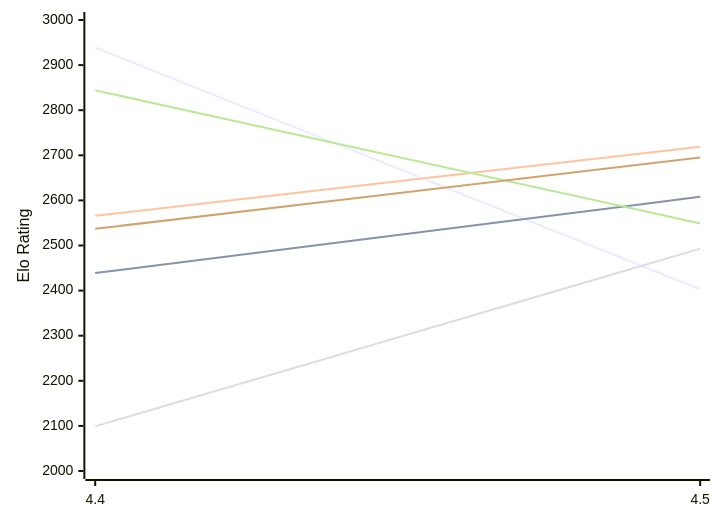
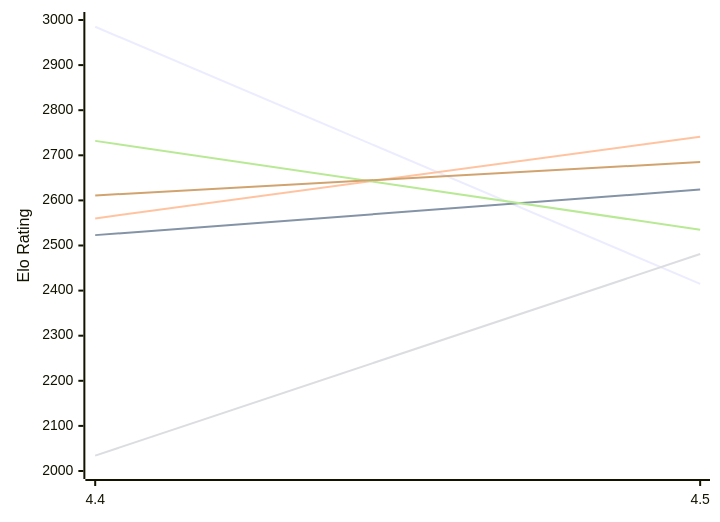
Before and after one commit to computer-chess-index/cci: the first of 2 diagrams in engines/Eubos.md, drawn with Mermaid. The commit also changed other lines of this file, not shown here.

Commit message:
Update CCI Ratings (ELO VLTC) - 2026-11-14

````diff
--- a/engines/Eubos.md
+++ b/engines/Eubos.md
@@ -52,12 +52,12 @@
 ```mermaid
 %%{init: {"theme":"base","themeVariables":{"seriesColors:['#a3a3a3','#222221','#faa371']}}}%%
 xychart-beta
   x-axis ["4.4", "4.5"]
   y-axis "Elo Rating" 2000 --> 3000
-  line "E1: STC (8.0+0.08s)" [2939, 2403]
-  line "E1: LTC (60.0+0.60s)" [2439, 2608]
-  line "E1: VLTC (2m24s+1.12s)" [2566, 2719]
-  line "P1: STC (8.0+0.08s)" [2099, 2493]
-  line "P1: LTC (60.0+0.60s)" [2844, 2549]
-  line "P1: VLTC (2m24s+1.12s)" [2537, 2695]
+  line "E1: STC (8.0+0.08s)" [2985, 2415]
+  line "E1: LTC (60.0+0.60s)" [2523, 2624]
+  line "E1: VLTC (2m24s+1.12s)" [2560, 2741]
+  line "P1: STC (8.0+0.08s)" [2034, 2481]
+  line "P1: LTC (60.0+0.60s)" [2732, 2535]
+  line "P1: VLTC (2m24s+1.12s)" [2611, 2685]
 ```
````
